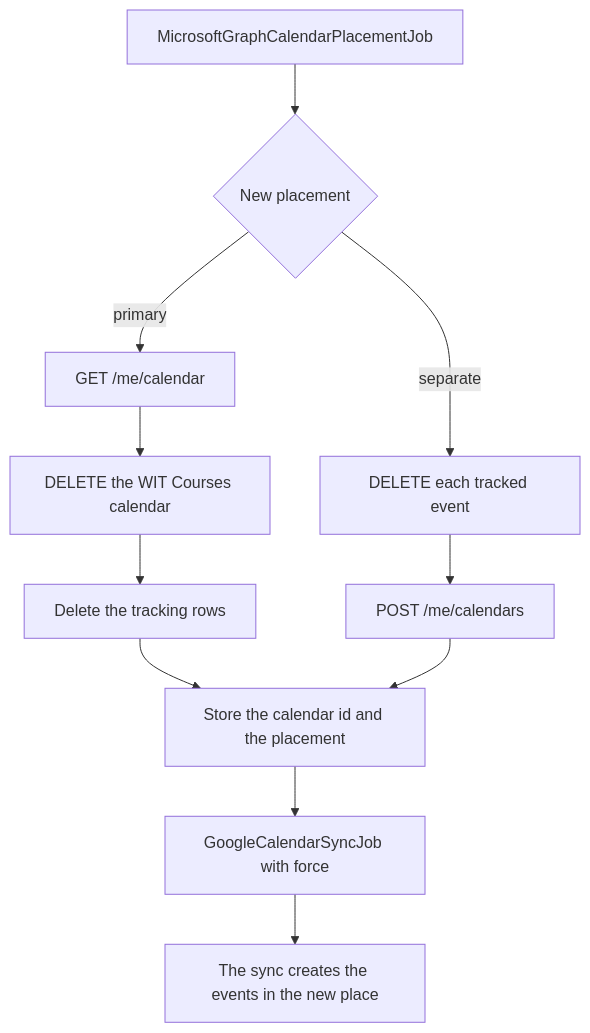
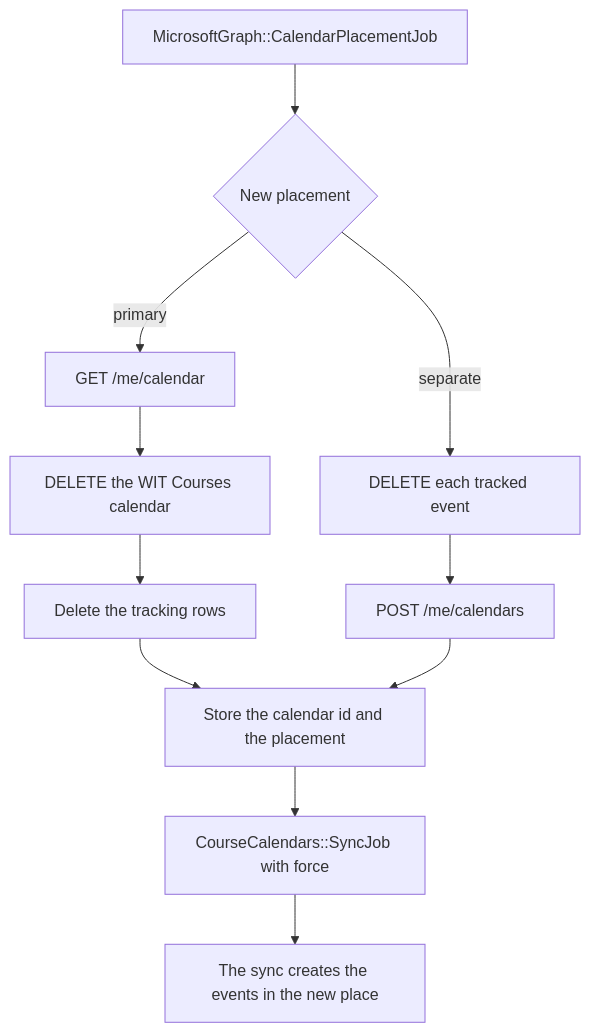
One commit to WITCodingClub/calendar-backend changed the first of 2 diagrams in docs/microsoft-graph-calendar.md. Above: the diagram before and after it, drawn with Mermaid. The commit also changed other lines of this file and 128 other files, not shown here.

Commit message:
refactor: move calendar sync code into its namespace

````diff
--- a/docs/microsoft-graph-calendar.md
+++ b/docs/microsoft-graph-calendar.md
@@ -99,13 +99,13 @@
 ```mermaid
 flowchart TD
-    Start[MicrosoftGraphCalendarPlacementJob] --> Which{New placement}
+    Start[MicrosoftGraph::CalendarPlacementJob] --> Which{New placement}
     Which -->|primary| ReadP[GET /me/calendar]
     ReadP --> DelCal[DELETE the WIT Courses calendar]
     DelCal --> DropRows[Delete the tracking rows]
     Which -->|separate| DelEvents[DELETE each tracked event]
     DelEvents --> NewCal[POST /me/calendars]
     DropRows --> Save[Store the calendar id and the placement]
     NewCal --> Save
-    Save --> Sync[GoogleCalendarSyncJob with force]
+    Save --> Sync[CourseCalendars::SyncJob with force]
     Sync --> Create[The sync creates the events in the new place]
 ```
````
